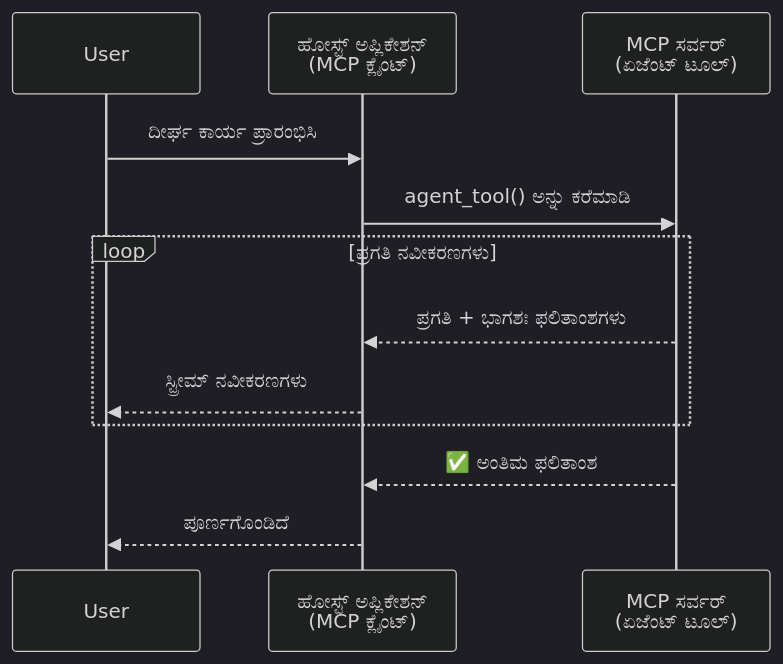
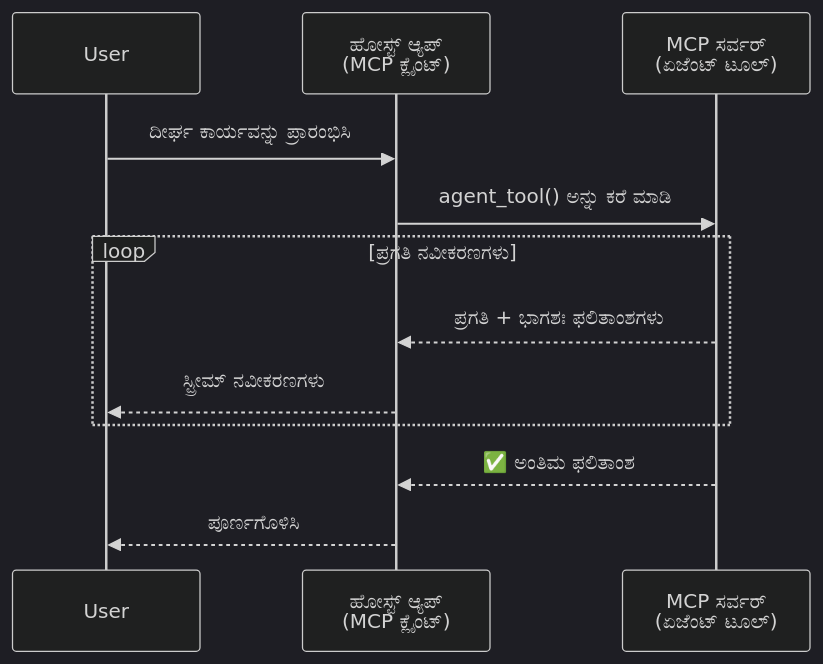
One commit to microsoft/ai-agents-for-beginners changed the first of 5 diagrams in translations/kn/11-agentic-protocols/code_samples/mcp-agents/README.md. Above: the diagram before and after it, drawn with Mermaid (dark theme). The commit also changed other lines of this file and 224 other files, not shown here.

````diff
--- a/translations/kn/11-agentic-protocols/code_samples/mcp-agents/README.md
+++ b/translations/kn/11-agentic-protocols/code_samples/mcp-agents/README.md
@@ -46,17 +46,17 @@
 ```mermaid
 sequenceDiagram
     participant User
-    participant Host as ಹೋಸ್ಟ್ ಅಪ್ಲಿಕೇಶನ್<br/>(MCP ಕ್ಲೈಂಟ್)
+    participant Host as ಹೋಸ್ಟ್ ಆ್ಯಪ್<br/>(MCP ಕ್ಲೈಂಟ್)
     participant Server as MCP ಸರ್ವರ್<br/>(ಏಜೆಂಟ್ ಟೂಲ್)
 
-    User->>Host: ದೀರ್ಘ ಕಾರ್ಯ ಪ್ರಾರಂಭಿಸಿ
-    Host->>Server: agent_tool() ಅನ್ನು ಕರೆಮಾಡಿ
+    User->>Host: ದೀರ್ಘ ಕಾರ್ಯವನ್ನು ಪ್ರಾರಂಭಿಸಿ
+    Host->>Server: agent_tool() ಅನ್ನು ಕರೆ ಮಾಡಿ
 
     loop ಪ್ರಗತಿ ನವೀಕರಣಗಳು
         Server-->>Host: ಪ್ರಗತಿ + ಭಾಗಶಃ ಫಲಿತಾಂಶಗಳು
         Host-->>User: ಸ್ಟ್ರೀಮ್ ನವೀಕರಣಗಳು
     end
 
     Server-->>Host: ✅ ಅಂತಿಮ ಫಲಿತಾಂಶ
-    Host-->>User: ಪೂರ್ಣಗೊಂಡಿದೆ
+    Host-->>User: ಪೂರ್ಣಗೊಳಿಸಿ
 ```
````
